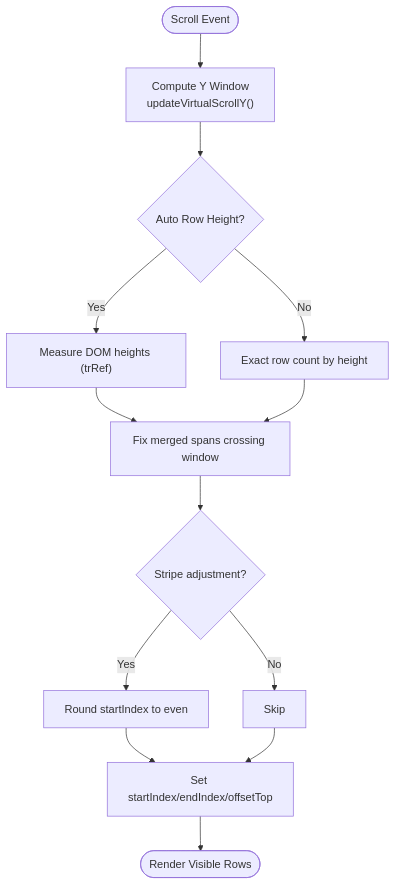
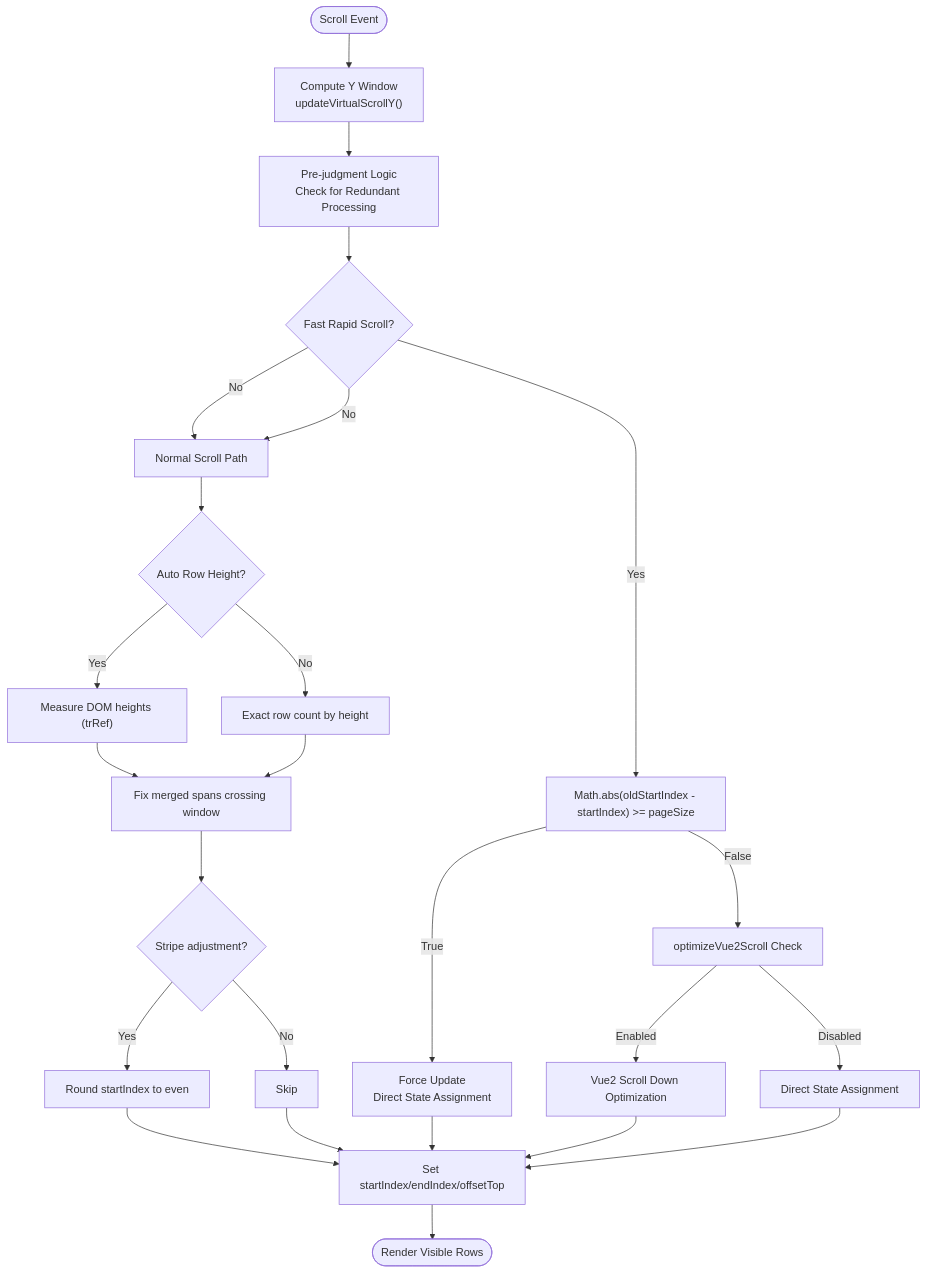
Before and after one commit to ja-plus/stk-table-vue: the third of 8 diagrams in .qoder/repowiki/en/content/Performance Optimization/Performance Optimization.md, drawn with Mermaid. The commit also changed other lines of this file and 5 other files, not shown here.

````diff
--- a/.qoder/repowiki/en/content/Performance Optimization/Performance Optimization.md
+++ b/.qoder/repowiki/en/content/Performance Optimization/Performance Optimization.md
@@ -127,15 +140,27 @@
 ```mermaid
 flowchart TD
 Start(["Scroll Event"]) --> CalcY["Compute Y Window<br/>updateVirtualScrollY()"]
-CalcY --> AutoH{"Auto Row Height?"}
+CalcY --> PreJudge["Pre-judgment Logic<br/>Check for Redundant Processing"]
+PreJudge --> FastScroll{"Fast Rapid Scroll?"}
+FastScroll --> |Yes| PageCheck["Math.abs(oldStartIndex - startIndex) >= pageSize"]
+FastScroll --> |No| Normal["Normal Scroll Path"]
+PageCheck --> |True| ForceUpdate["Force Update<br/>Direct State Assignment"]
+PageCheck --> |False| OptimizeCheck["optimizeVue2Scroll Check"]
+OptimizeCheck --> |Enabled| Vue2Opt["Vue2 Scroll Down Optimization"]
+OptimizeCheck --> |Disabled| DirectUpdate["Direct State Assignment"]
+FastScroll --> |No| Normal
+Normal --> AutoH{"Auto Row Height?"}
 AutoH --> |Yes| Measure["Measure DOM heights (trRef)"]
 AutoH --> |No| Exact["Exact row count by height"]
 Measure --> FixMerged["Fix merged spans crossing window"]
 Exact --> FixMerged
 FixMerged --> StripeAdj{"Stripe adjustment?"}
 StripeAdj --> |Yes| EvenStart["Round startIndex to even"]
 StripeAdj --> |No| SkipEven["Skip"]
 EvenStart --> SetState["Set startIndex/endIndex/offsetTop"]
 SkipEven --> SetState
+ForceUpdate --> SetState
+Vue2Opt --> SetState
+DirectUpdate --> SetState
 SetState --> End(["Render Visible Rows"])
 ```
````
